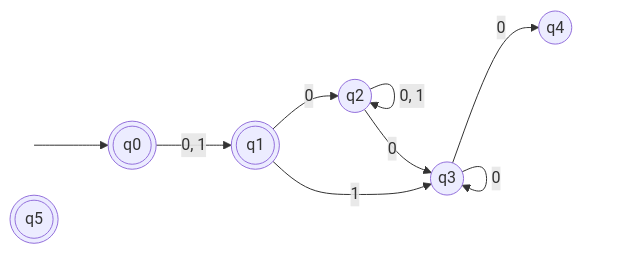
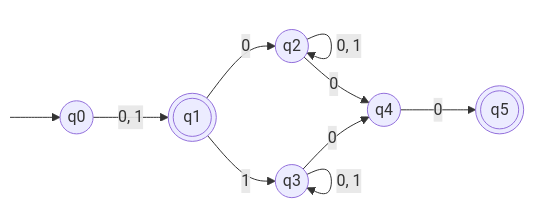
Before and after one commit to bfeitknecht/vault: the diagram in sem3/TIN/UE/bf/TI-bf-u04.md, drawn with Mermaid.

Commit message:
backup: 2024-10-15T15:25:07+02:00 from MacBook Pro (echo)
Affected files:
sem3/TIN/UE/bf/TI-bf-u04.md

````diff
--- a/sem3/TIN/UE/bf/TI-bf-u04.md
+++ b/sem3/TIN/UE/bf/TI-bf-u04.md
@@ -17,21 +17,21 @@
 ```mermaid
 flowchart LR
 
 classDef hidden display: none;
 
 S:::hidden
 
-q0(((q0)))
+q0((q0))
 q1(((q1)))
 q2((q2))
 q3((q3))
 q4((q4))
 q5(((q5)))
 
 S --> q0 -->|"0, 1"| q1
 q1 -->|"0"| q2 -->|"0, 1"| q2
 q1 -->|"1"| q3 -->|"0, 1"| q3
 
-q2 & q3 -->|"0"| q3 -->|"0"| q4
+q2 & q3 -->|"0"| q4 -->|"0"| q5
 
 ```
````
